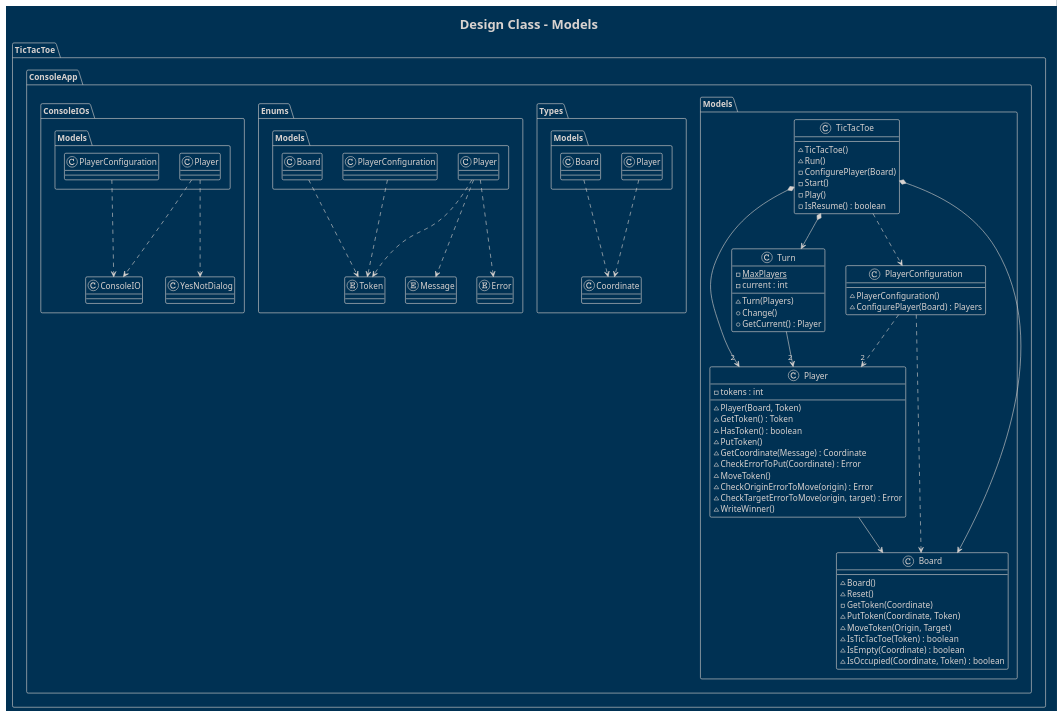
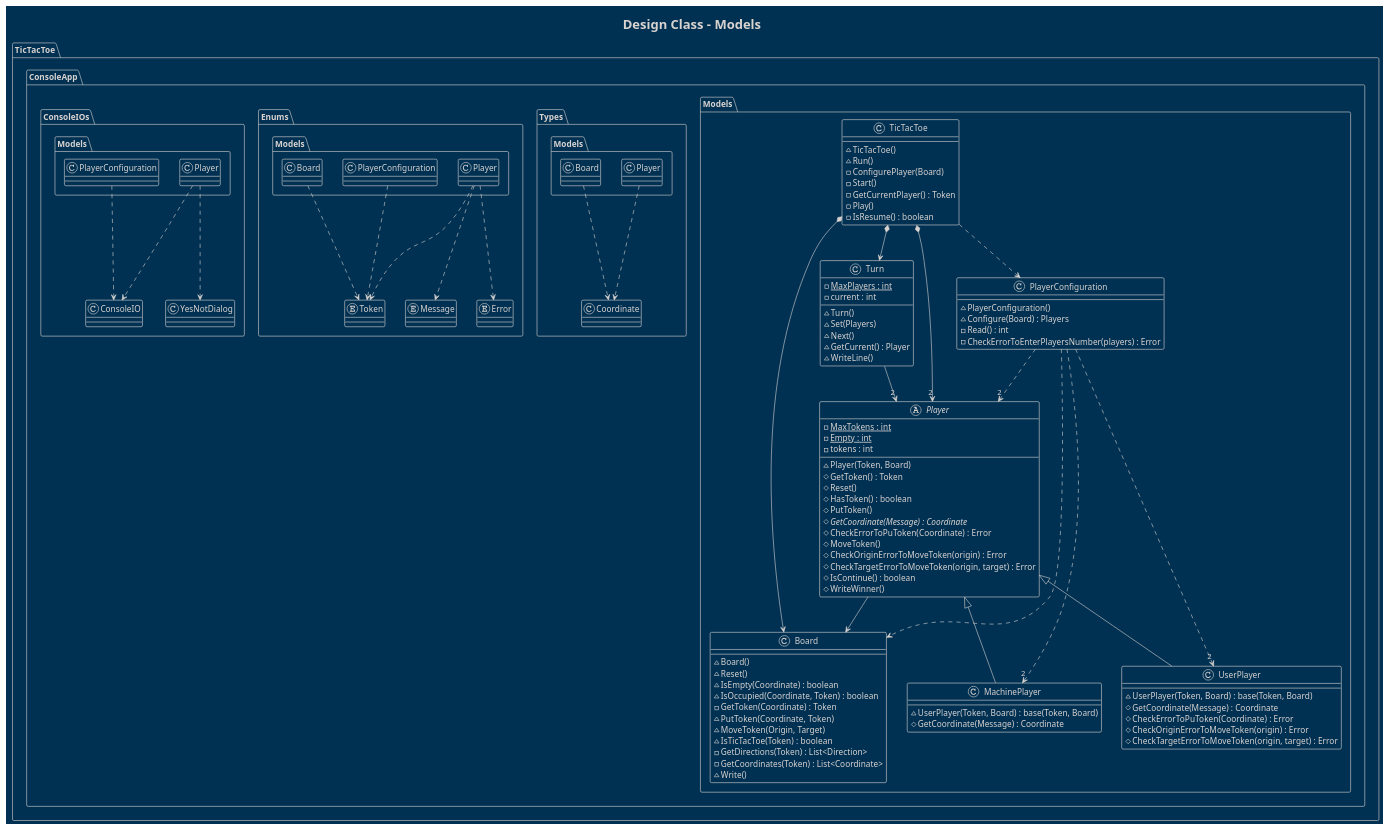
The sixth of 8 diagrams in src/DomainModel/WithMachine/Docs/Design.plantuml (franpaulinoinfante/TicTacToe), drawn with PlantUML before and after one commit. The commit also changed other lines of this file and 11 other files, not shown here.

```diff
--- a/src/DomainModel/WithMachine/Docs/Design.plantuml
+++ b/src/DomainModel/WithMachine/Docs/Design.plantuml
@@ -231,99 +231,128 @@
 @startuml Design Class Models
     !theme blueprint
     title Design Class - Models
 
     package TicTacToe{
         package ConsoleApp{  
             namespace Models{
                 class TicTacToe{
                     ~TicTacToe()
                     ~Run()
                     -ConfigurePlayer(Board)
                     -Start()
+                    -GetCurrentPlayer() : Token
                     -Play()
                     -IsResume() : boolean
                 }
                 TicTacToe *--> Board
                 TicTacToe *--> Turn
                 TicTacToe *--> "2" Player
                 TicTacToe ..> PlayerConfiguration
 
                 class Board{
                     ~Board()
                     ~Reset()
-                    -GetToken(Coordinate)
+                    ~IsEmpty(Coordinate) : boolean
+                    ~IsOccupied(Coordinate, Token) : boolean
+                    -GetToken(Coordinate) : Token
                     ~PutToken(Coordinate, Token)
                     ~MoveToken(Origin, Target)
                     ~IsTicTacToe(Token) : boolean
-                    ~IsEmpty(Coordinate) : boolean
-                    ~IsOccupied(Coordinate, Token) : boolean
+                    -GetDirections(Token) : List<Direction>
+                    -GetCoordinates(Token) : List<Coordinate>
+                    ~Write()
                 }
 
                 class Turn{
-                    -{static}MaxPlayers
+                    -{static}MaxPlayers : int
                     -current : int
-                    ~Turn(Players)
-                    +Change()
-                    +GetCurrent() : Player
+                    ~Turn()
+                    ~Set(Players)
+                    ~Next()
+                    ~GetCurrent() : Player
+                    ~WriteLine()
                 }
                 Turn --> "2" Player 
 
-                class Player{
+                abstract Player{
+                    -{static}MaxTokens : int
+                    -{static}Empty : int
                     -tokens : int
-                    ~Player(Board, Token)
-                    ~GetToken() : Token
-                    ~HasToken() : boolean
-                    ~PutToken()
-                    ~GetCoordinate(Message) : Coordinate
-                    ~CheckErrorToPut(Coordinate) : Error
-                    ~MoveToken()
-                    ~CheckOriginErrorToMove(origin) : Error
-                    ~CheckTargetErrorToMove(origin, target) : Error
-                    ~WriteWinner()
+                    ~Player(Token, Board)
+                    #GetToken() : Token
+                    #Reset()
+                    #HasToken() : boolean
+                    #PutToken()
+                    #{abstract}GetCoordinate(Message) : Coordinate
+                    #CheckErrorToPuToken(Coordinate) : Error
+                    #MoveToken()
+                    #CheckOriginErrorToMoveToken(origin) : Error
+                    #CheckTargetErrorToMoveToken(origin, target) : Error
+                    #IsContinue() : boolean
+                    #WriteWinner()
                 }
+                Player <|-- UserPlayer
+                Player <|-- MachinePlayer
                 Player --> Board
+
+                class UserPlayer{
+                    ~UserPlayer(Token, Board) : base(Token, Board)
+                    #GetCoordinate(Message) : Coordinate
+                    #CheckErrorToPuToken(Coordinate) : Error
+                    #CheckOriginErrorToMoveToken(origin) : Error
+                    #CheckTargetErrorToMoveToken(origin, target) : Error
+                }
+
+                class MachinePlayer{
+                    ~UserPlayer(Token, Board) : base(Token, Board)
+                    #GetCoordinate(Message) : Coordinate
+                }
 
                 class PlayerConfiguration{
                     ~PlayerConfiguration()
-                    ~ConfigurePlayer(Board) : Players
+                    ~Configure(Board) : Players
+                    -Read() : int
+                    - CheckErrorToEnterPlayersNumber(players) : Error
                 }
                 PlayerConfiguration ..> "2" Player
+                PlayerConfiguration ..> "2" UserPlayer
+                PlayerConfiguration ..> "2" MachinePlayer
                 PlayerConfiguration ..> Board
             }
 
             namespace Types{
                 class Coordinate{
                 }
                 Coordinate <.up. Models.Board
                 Coordinate <.up. Models.Player
             }
 
             namespace Enums{
                 enum Message{
                 }
                 Message <.up. Models.Player
 
                 enum Token{
                 }
                 Token <.up. Models.Board
                 Token <.up. Models.Player
                 Token <.up. Models.PlayerConfiguration
 
                 enum Error{
                 }
                 Error <.up. Models.Player
             }
 
             namespace ConsoleIOs{
                 class ConsoleIO{
                 }
                 ConsoleIO <.up. Models.Player
                 ConsoleIO <.up. Models.PlayerConfiguration
 
                 class YesNotDialog{
                 }
                 YesNotDialog <.up. Models.Player
             }
         }
     }
 @enduml
```
